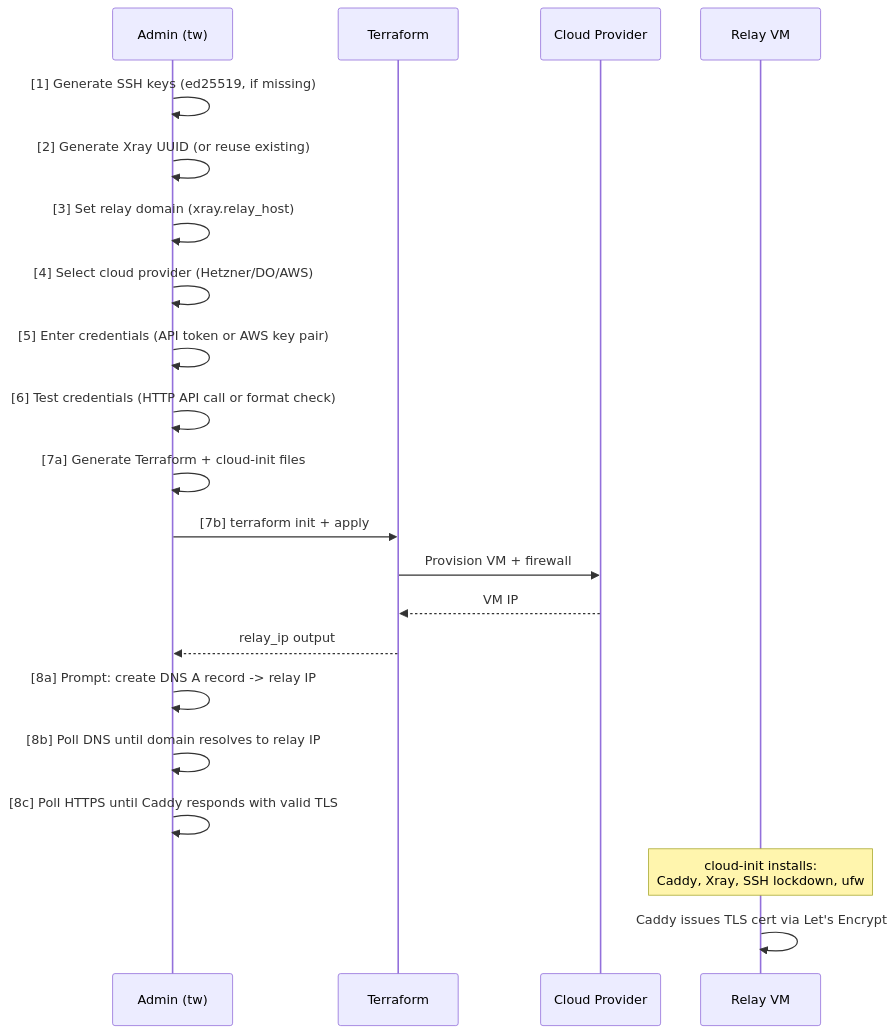
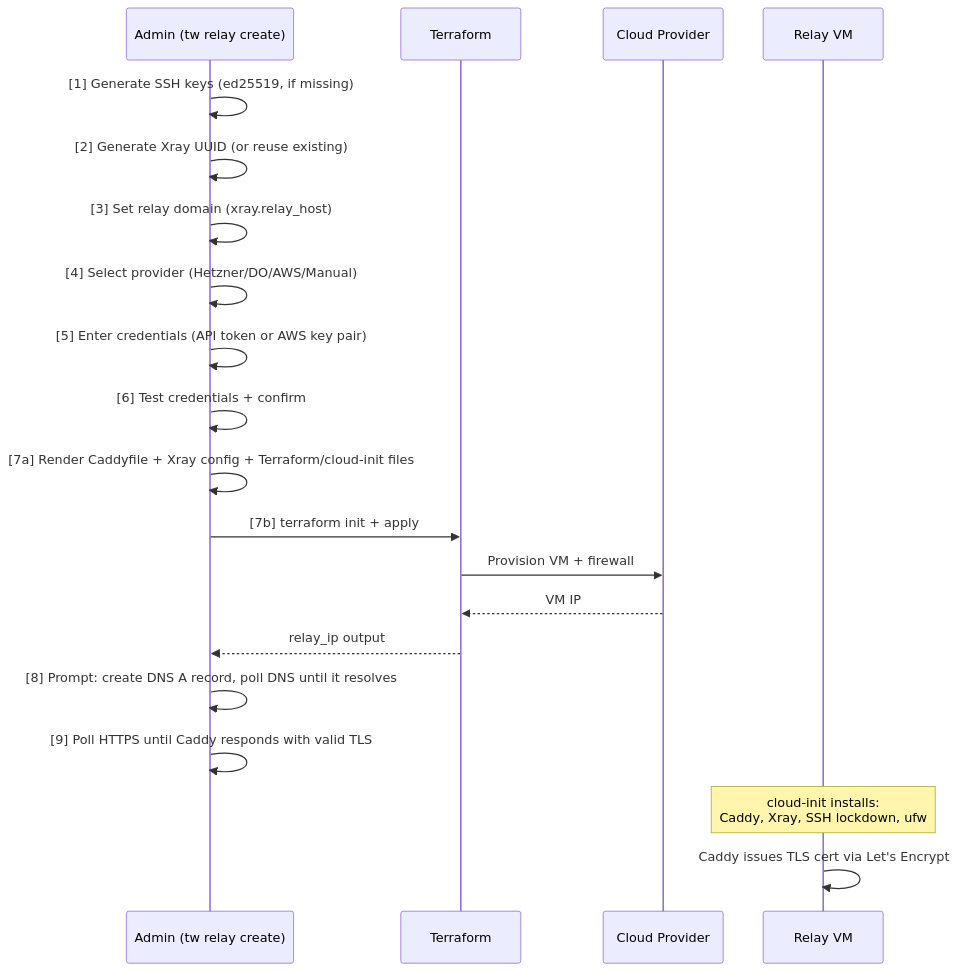
The first of 6 diagrams in docs/architecture/runtime-views.md (Tunnel-Whisperer/Tunnel-Whisperer), drawn with Mermaid before and after one commit. The commit also changed other lines of this file and 45 other files, not shown here.

````diff
--- a/docs/architecture/runtime-views.md
+++ b/docs/architecture/runtime-views.md
@@ -7,24 +7,23 @@
 ```mermaid
 sequenceDiagram
-    participant Admin as Admin (tw)
+    participant Admin as Admin (tw relay create)
     participant TF as Terraform
     participant Cloud as Cloud Provider
     participant R as Relay VM
 
     Admin ->> Admin: [1] Generate SSH keys (ed25519, if missing)
     Admin ->> Admin: [2] Generate Xray UUID (or reuse existing)
     Admin ->> Admin: [3] Set relay domain (xray.relay_host)
-    Admin ->> Admin: [4] Select cloud provider (Hetzner/DO/AWS)
+    Admin ->> Admin: [4] Select provider (Hetzner/DO/AWS/Manual)
     Admin ->> Admin: [5] Enter credentials (API token or AWS key pair)
-    Admin ->> Admin: [6] Test credentials (HTTP API call or format check)
-    Admin ->> Admin: [7a] Generate Terraform + cloud-init files
+    Admin ->> Admin: [6] Test credentials + confirm
+    Admin ->> Admin: [7a] Render Caddyfile + Xray config + Terraform/cloud-init files
     Admin ->> TF: [7b] terraform init + apply
     TF ->> Cloud: Provision VM + firewall
     Cloud -->> TF: VM IP
     TF -->> Admin: relay_ip output
-    Admin ->> Admin: [8a] Prompt: create DNS A record -> relay IP
-    Admin ->> Admin: [8b] Poll DNS until domain resolves to relay IP
-    Admin ->> Admin: [8c] Poll HTTPS until Caddy responds with valid TLS
+    Admin ->> Admin: [8] Prompt: create DNS A record, poll DNS until it resolves
+    Admin ->> Admin: [9] Poll HTTPS until Caddy responds with valid TLS
     Note over R: cloud-init installs:<br/>Caddy, Xray, SSH lockdown, ufw
     R ->> R: Caddy issues TLS cert via Let's Encrypt
 ```
````
